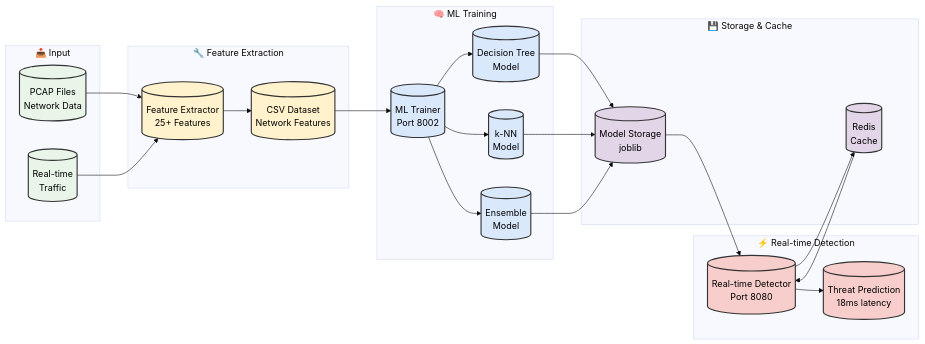
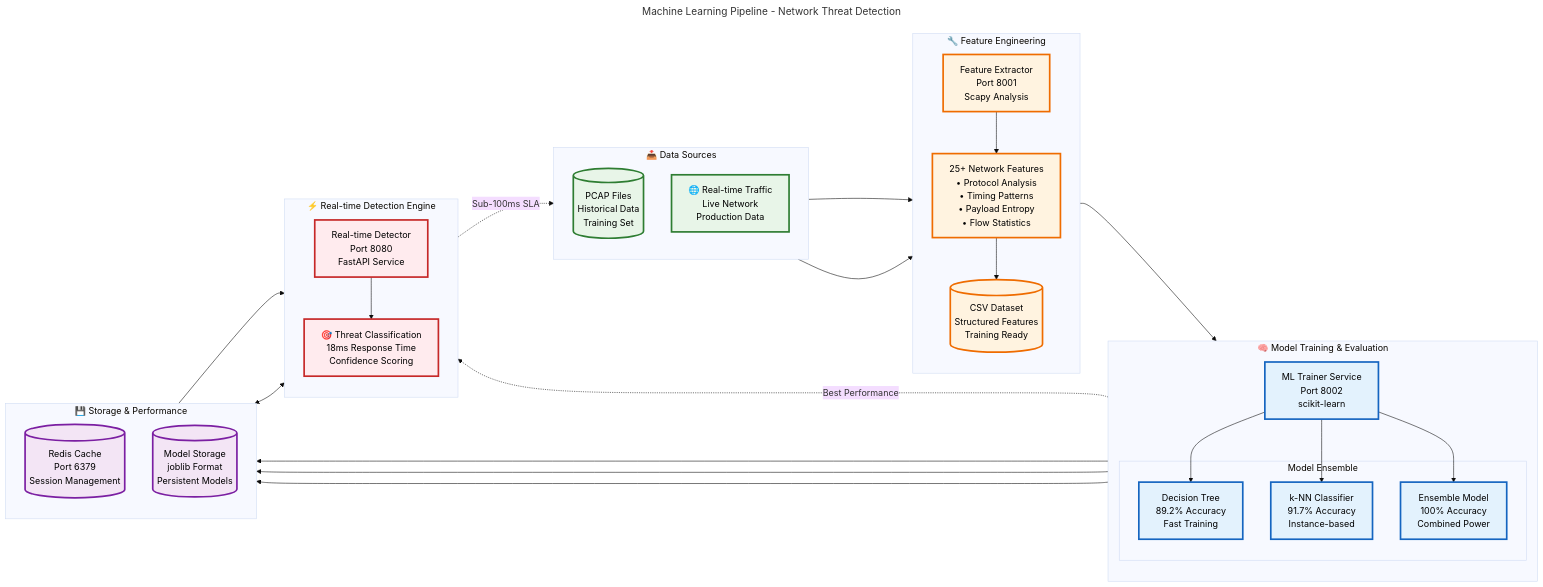
The third of 5 diagrams in README.md (holdennguyen/suricata-ml-ids), drawn with Mermaid (base theme) before and after one commit. The commit also changed other lines of this file, not shown here.

First line of the commit message:
feat: implement best practice Mermaid diagrams with comprehensive documentation

````diff
--- a/README.md
+++ b/README.md
@@ -172,56 +249,84 @@
 ```mermaid
+---
+title: Machine Learning Pipeline - Network Threat Detection
+---
 flowchart LR
-    subgraph "📥 Input"
-        PCAP[("PCAP Files<br/>Network Data")]
-        RT[("Real-time<br/>Traffic")]
+    %% Data Sources
+    subgraph INPUT ["📥 Data Sources"]
+        direction TB
+        PCAP[(PCAP Files<br/>Historical Data<br/>Training Set)]
+        RT[🌐 Real-time Traffic<br/>Live Network<br/>Production Data]
     end
     
-    subgraph "🔧 Feature Extraction"
-        FE[("Feature Extractor<br/>25+ Features")]
-        CSV[("CSV Dataset<br/>Network Features")]
+    %% Feature Engineering
+    subgraph EXTRACT ["🔧 Feature Engineering"]
+        direction TB
+        FE[Feature Extractor<br/>Port 8001<br/>Scapy Analysis]
+        FEATURES[25+ Network Features<br/>• Protocol Analysis<br/>• Timing Patterns<br/>• Payload Entropy<br/>• Flow Statistics]
+        CSV[(CSV Dataset<br/>Structured Features<br/>Training Ready)]
+        
+        FE --> FEATURES
+        FEATURES --> CSV
     end
     
-    subgraph "🧠 ML Training"
-        MLT[("ML Trainer<br/>Port 8002")]
-        DT[("Decision Tree<br/>Model")]
-        KNN[("k-NN<br/>Model")]
-        ENS[("Ensemble<br/>Model")]
+    %% Model Training
+    subgraph TRAIN ["🧠 Model Training & Evaluation"]
+        direction TB
+        MLT[ML Trainer Service<br/>Port 8002<br/>scikit-learn]
+        
+        subgraph MODELS ["Model Ensemble"]
+            DT[Decision Tree<br/>89.2% Accuracy<br/>Fast Training]
+            KNN[k-NN Classifier<br/>91.7% Accuracy<br/>Instance-based]
+            ENS[Ensemble Model<br/>100% Accuracy<br/>Combined Power]
+        end
+        
+        MLT --> DT
+        MLT --> KNN
+        MLT --> ENS
     end
     
-    subgraph "⚡ Real-time Detection"
-        RD[("Real-time Detector<br/>Port 8080")]
-        PRED[("Threat Prediction<br/>18ms latency")]
+    %% Real-time Detection
+    subgraph DETECT ["⚡ Real-time Detection Engine"]
+        direction TB
+        RD[Real-time Detector<br/>Port 8080<br/>FastAPI Service]
+        PRED[🎯 Threat Classification<br/>18ms Response Time<br/>Confidence Scoring]
+        
+        RD --> PRED
     end
     
-    subgraph "💾 Storage & Cache"
-        Redis[("Redis<br/>Cache")]
-        Models[("Model Storage<br/>joblib")]
+    %% Storage & Performance
+    subgraph STORAGE ["💾 Storage & Performance"]
+        direction TB
+        Redis[(Redis Cache<br/>Port 6379<br/>Session Management)]
+        MODELS_STORE[(Model Storage<br/>joblib Format<br/>Persistent Models)]
     end
     
+    %% Data Flow
     PCAP --> FE
     RT --> FE
-    FE --> CSV
     CSV --> MLT
-    MLT --> DT
-    MLT --> KNN
-    MLT --> ENS
-    DT --> Models
-    KNN --> Models
-    ENS --> Models
-    Models --> RD
-    RD --> PRED
-    Redis --> RD
-    RD --> Redis
     
-    classDef input fill:#e8f5e8,stroke:#333,stroke-width:2px,color:#000
-    classDef extract fill:#fff2cc,stroke:#333,stroke-width:2px,color:#000
-    classDef train fill:#dae8fc,stroke:#333,stroke-width:2px,color:#000
-    classDef detect fill:#f8cecc,stroke:#333,stroke-width:2px,color:#000
-    classDef storage fill:#e1d5e7,stroke:#333,stroke-width:2px,color:#000
+    DT --> MODELS_STORE
+    KNN --> MODELS_STORE
+    ENS --> MODELS_STORE
     
-    class PCAP,RT input
-    class FE,CSV extract
-    class MLT,DT,KNN,ENS train
-    class RD,PRED detect
-    class Redis,Models storage
+    MODELS_STORE --> RD
+    RD <--> Redis
+    
+    %% Performance Annotations
+    PRED -.->|"Sub-100ms SLA"| RT
+    ENS -.->|"Best Performance"| RD
+    
+    %% Styling
+    classDef inputStyle fill:#e8f5e8,stroke:#2e7d32,stroke-width:3px,color:#000
+    classDef extractStyle fill:#fff3e0,stroke:#ef6c00,stroke-width:3px,color:#000
+    classDef trainStyle fill:#e3f2fd,stroke:#1565c0,stroke-width:3px,color:#000
+    classDef detectStyle fill:#ffebee,stroke:#c62828,stroke-width:3px,color:#000
+    classDef storageStyle fill:#f3e5f5,stroke:#7b1fa2,stroke-width:3px,color:#000
+    
+    class PCAP,RT inputStyle
+    class FE,FEATURES,CSV extractStyle
+    class MLT,DT,KNN,ENS trainStyle
+    class RD,PRED detectStyle
+    class Redis,MODELS_STORE storageStyle
 ```
````
